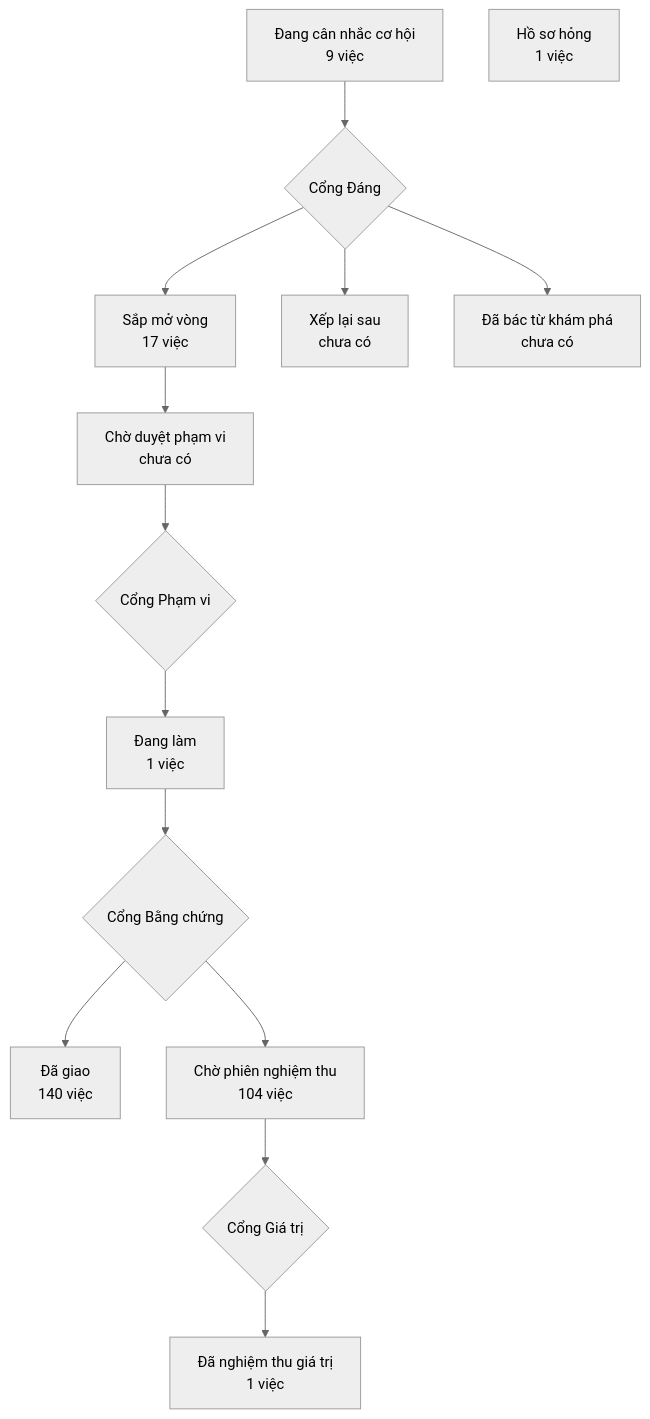
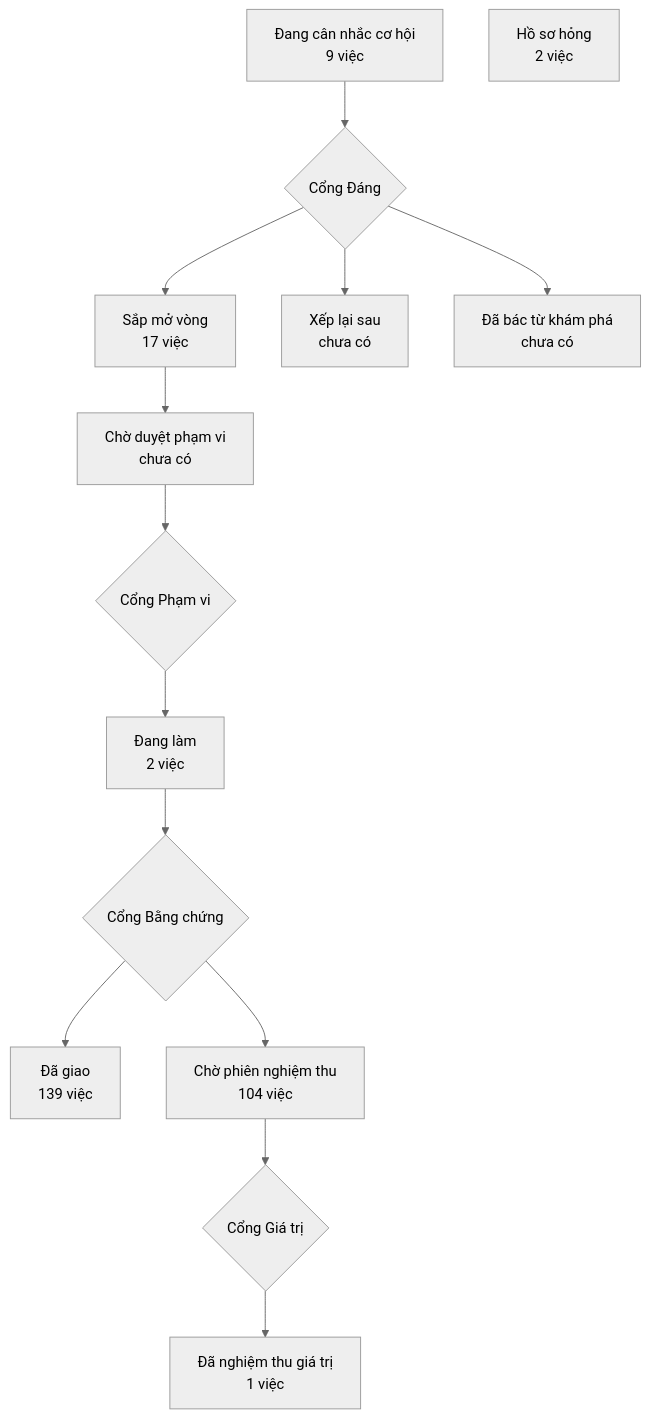
The diagram in PRODUCT-MAP.md (phanlemanh/crm-onehub), drawn with Mermaid (neutral theme) before and after one commit. The commit also changed other lines of this file and 3 other files, not shown here.

````diff
--- a/PRODUCT-MAP.md
+++ b/PRODUCT-MAP.md
@@ -7,13 +7,13 @@
 ```mermaid
 flowchart TD
   A["Đang cân nhắc cơ hội<br/>9 việc"] --> GD{"Cổng Đáng"}
   GD --> B["Sắp mở vòng<br/>17 việc"]
   GD --> XL["Xếp lại sau<br/>chưa có"]
   GD --> DB["Đã bác từ khám phá<br/>chưa có"]
   B --> CD["Chờ duyệt phạm vi<br/>chưa có"] --> GP{"Cổng Phạm vi"}
-  GP --> DL["Đang làm<br/>1 việc"] --> GB{"Cổng Bằng chứng"}
-  GB --> DG["Đã giao<br/>140 việc"]
+  GP --> DL["Đang làm<br/>2 việc"] --> GB{"Cổng Bằng chứng"}
+  GB --> DG["Đã giao<br/>139 việc"]
   GB --> CN["Chờ phiên nghiệm thu<br/>104 việc"] --> GG{"Cổng Giá trị"}
   GG --> NT["Đã nghiệm thu giá trị<br/>1 việc"]
-  HS["Hồ sơ hỏng<br/>1 việc"]
+  HS["Hồ sơ hỏng<br/>2 việc"]
 ```
````
